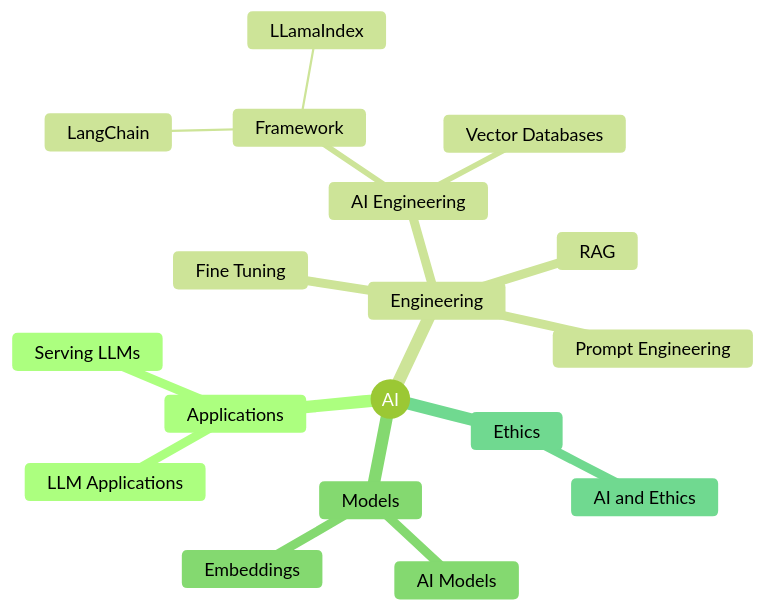
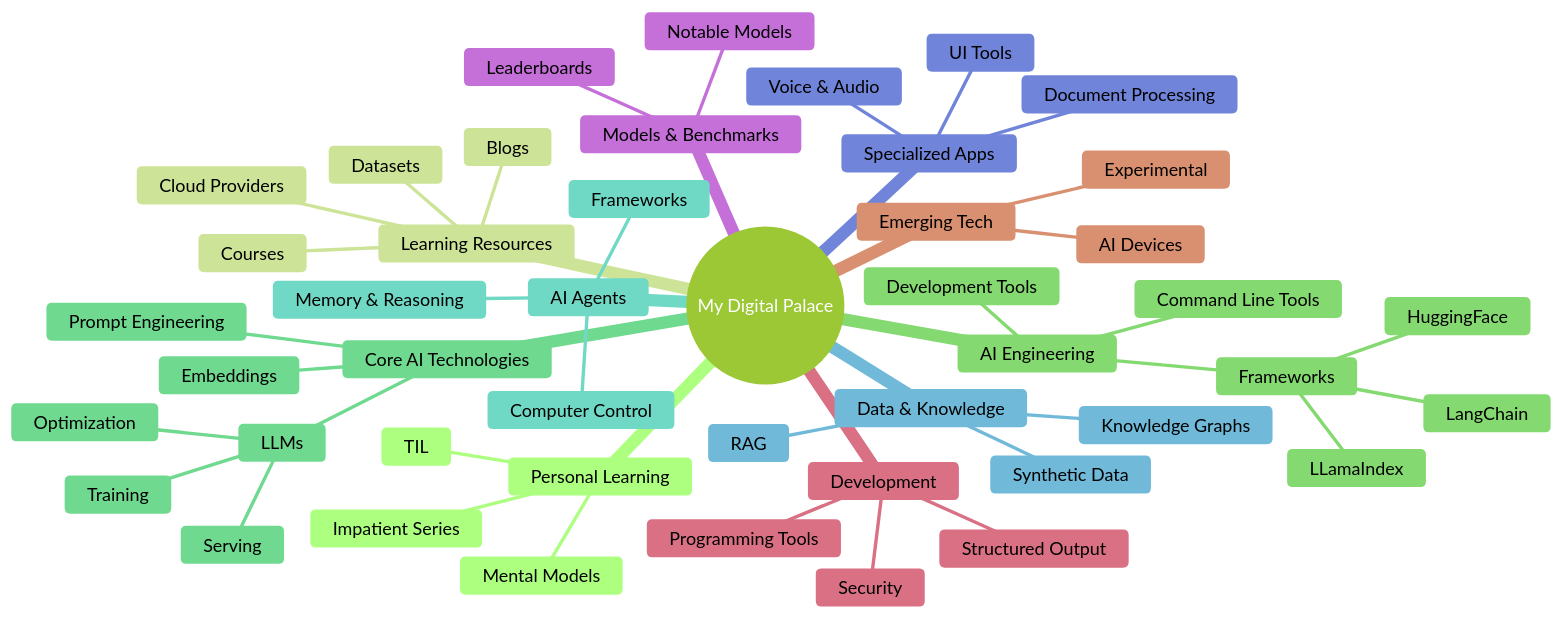
One commit to raphaelmansuy/digital_palace changed the diagram in README.md. Above: the diagram before and after it, drawn with Mermaid (forest theme). The commit also changed other lines of this file, not shown here.

````diff
--- a/README.md
+++ b/README.md
@@ -406,23 +528,49 @@
 ```mermaid
 mindmap
-	root((AI))
-		Applications
-			LLM Applications
-			Serving LLMs
-		Engineering
-			AI Engineering
-				Framework
-					LangChain
-					LLamaIndex
-				Vector Databases
-			Prompt Engineering
-			Fine Tuning
-			RAG
-		Models
-			AI Models
-			Embeddings
-			
-		Ethics
-			AI and Ethics
-
+    root((My Digital Palace))
+        Personal Learning
+            TIL
+            Mental Models
+            Impatient Series
+        Learning Resources
+            Courses
+            Blogs
+            Datasets
+            Cloud Providers
+        AI Engineering
+            Frameworks
+                LangChain
+                LLamaIndex
+                HuggingFace
+            Development Tools
+            Command Line Tools
+        Core AI Technologies
+            LLMs
+                Serving
+                Training
+                Optimization
+            Embeddings
+            Prompt Engineering
+        AI Agents
+            Frameworks
+            Computer Control
+            Memory & Reasoning
+        Data & Knowledge
+            RAG
+            Knowledge Graphs
+            Synthetic Data
+        Specialized Apps
+            Voice & Audio
+            UI Tools
+            Document Processing
+        Models & Benchmarks
+            Notable Models
+            Leaderboards
+        Development
+            Structured Output
+            Programming Tools
+            Security
+        Emerging Tech
+            AI Devices
+            Experimental
 ```
````
